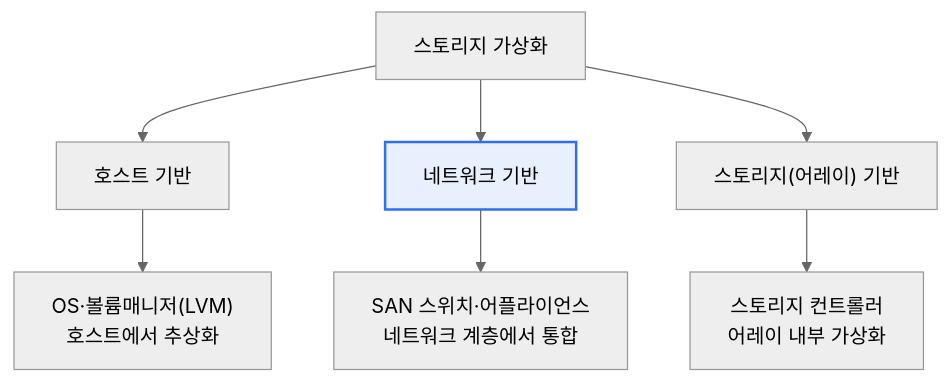
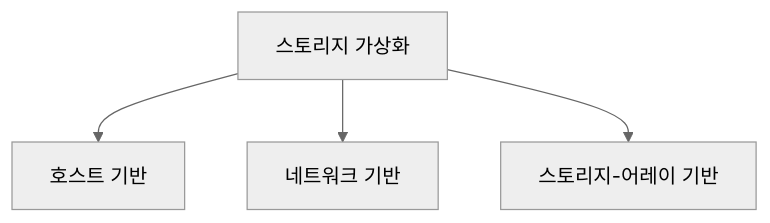
The diagram in content/storage-virtualization.md (coninggu/wjdqhrhksflrltnftk), drawn with Mermaid (neutral theme) before and after one commit. The commit also changed other lines of this file and 28 other files, not shown here.

````diff
--- a/content/storage-virtualization.md
+++ b/content/storage-virtualization.md
@@ -15,10 +15,6 @@
 ```mermaid
 flowchart TB
   A[스토리지 가상화] --> H[호스트 기반]
   A --> N[네트워크 기반]
-  A --> S["스토리지(어레이) 기반"]
-  H --> H1["OS·볼륨매니저(LVM)<br/>호스트에서 추상화"]
-  N --> N1["SAN 스위치·어플라이언스<br/>네트워크 계층에서 통합"]
-  S --> S1["스토리지 컨트롤러<br/>어레이 내부 가상화"]
-  style N fill:#e8f0fe,stroke:#2f6fed,stroke-width:2px
+  A --> S[스토리지-어레이 기반]
 ```
````
